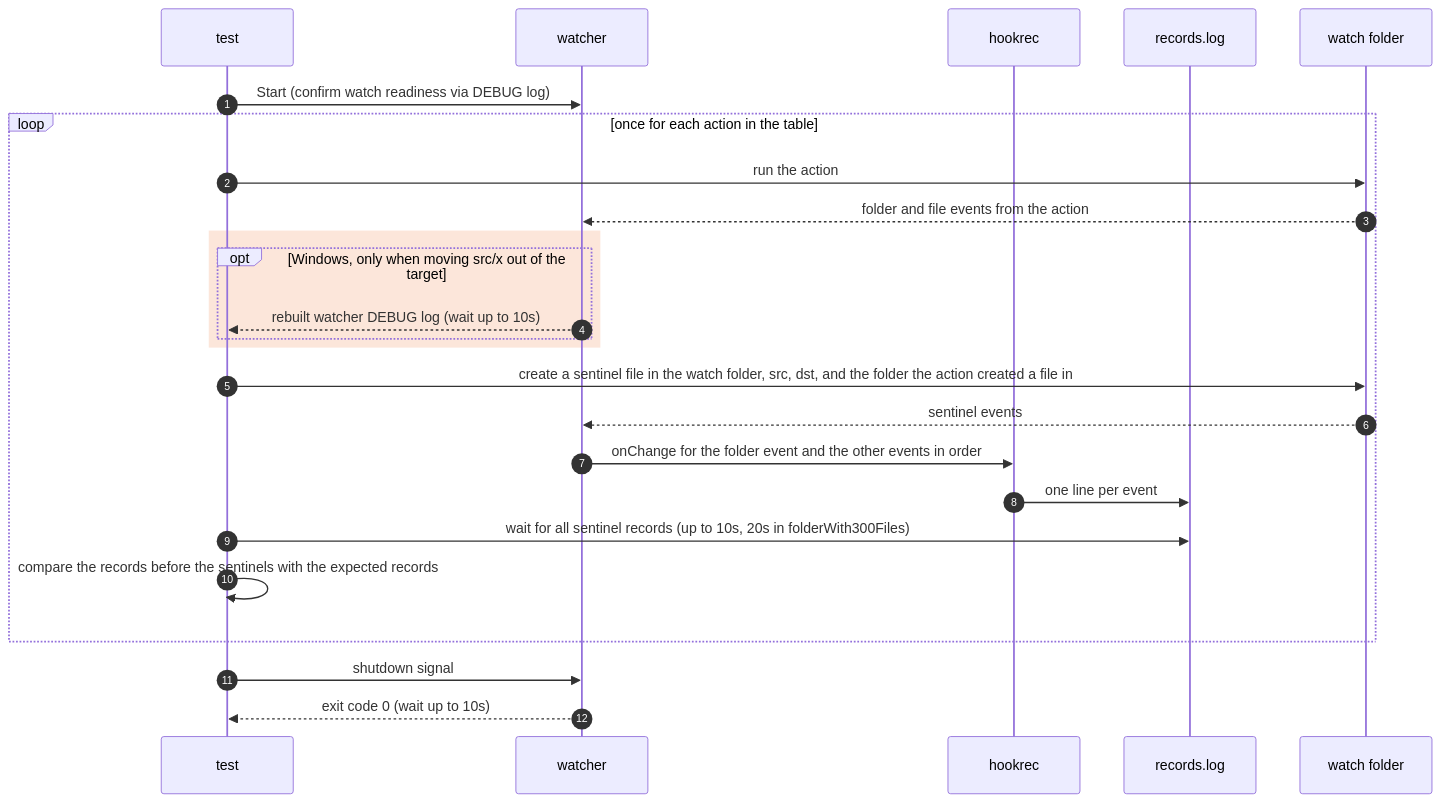
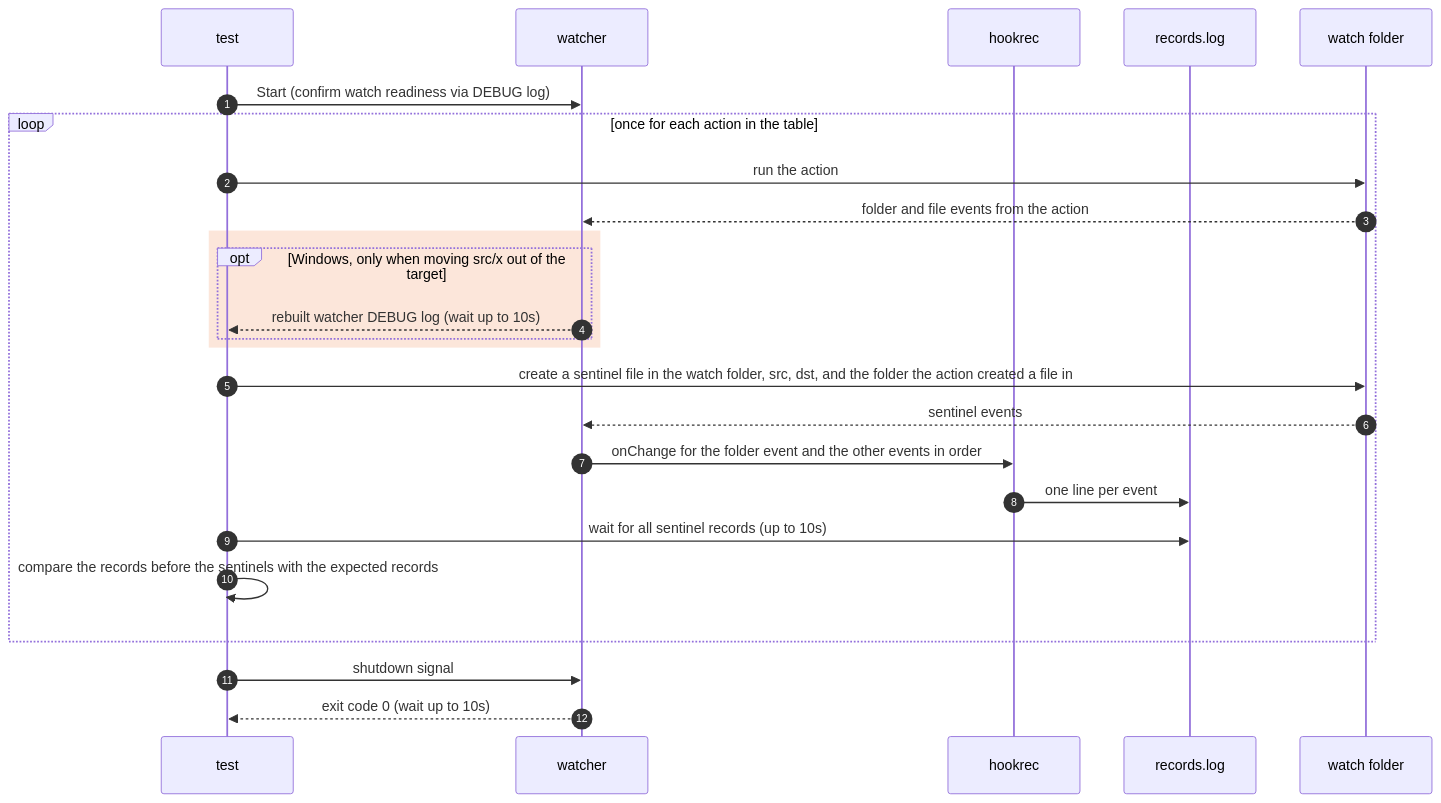
The diagram in e2e/docs/scenarios/folder-events.md (seungyeop-lee/directory-watcher), drawn with Mermaid before and after one commit. The commit also changed other lines of this file and 8 other files, not shown here.

````diff
--- a/e2e/docs/scenarios/folder-events.md
+++ b/e2e/docs/scenarios/folder-events.md
@@ -64,27 +55,27 @@
 ```mermaid
 sequenceDiagram
     autonumber
     participant testCode as test
     participant watcherProc as watcher
     participant hookRec as hookrec
     participant recordFile as records.log
     participant watchDir as watch folder
     testCode->>watcherProc: Start (confirm watch readiness via DEBUG log)
     loop once for each action in the table
         testCode->>watchDir: run the action
         watchDir-->>watcherProc: folder and file events from the action
         rect rgba(234, 88, 12, 0.15)
             opt Windows, only when moving src/x out of the target
                 watcherProc-->>testCode: rebuilt watcher DEBUG log (wait up to 10s)
             end
         end
         testCode->>watchDir: create a sentinel file in the watch folder, src, dst, and the folder the action created a file in
         watchDir-->>watcherProc: sentinel events
         watcherProc->>hookRec: onChange for the folder event and the other events in order
         hookRec->>recordFile: one line per event
-        testCode->>recordFile: wait for all sentinel records (up to 10s, 20s in folderWith300Files)
+        testCode->>recordFile: wait for all sentinel records (up to 10s)
         testCode->>testCode: compare the records before the sentinels with the expected records
     end
     testCode->>watcherProc: shutdown signal
     watcherProc-->>testCode: exit code 0 (wait up to 10s)
 ```
````
